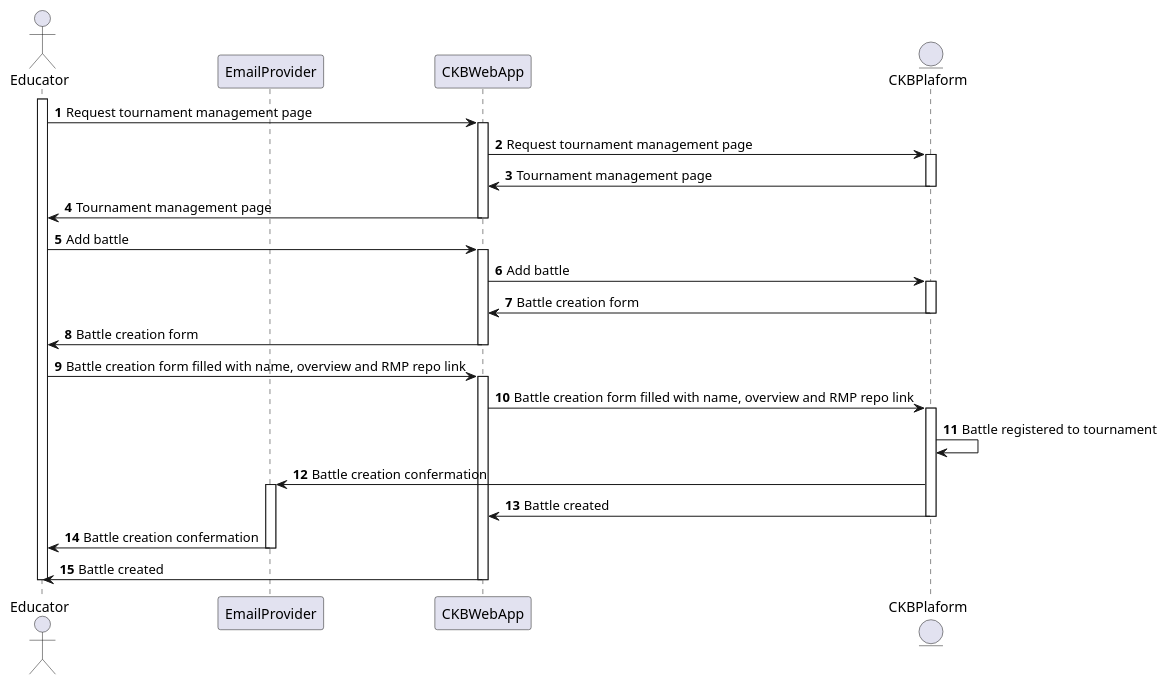
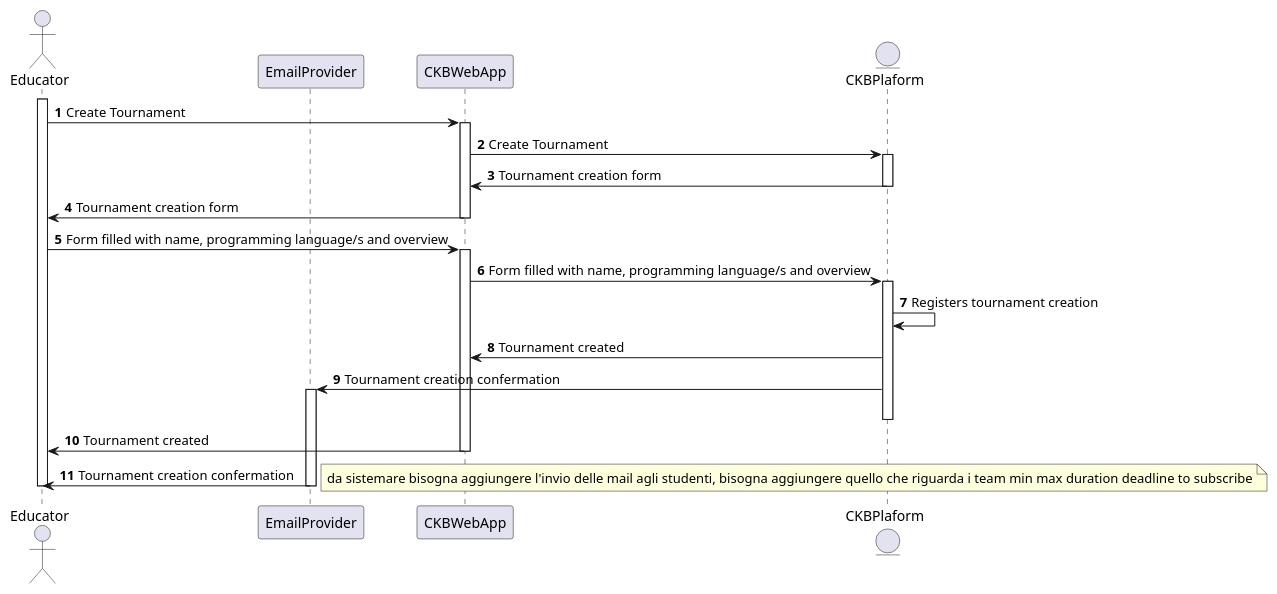
The diagram in _RASD/Images/UML/sequenceDiagram/sequenceDiagramUC5.wsd (Angelo7672/SE2_Requirement-and-Design-Document), drawn with PlantUML before and after one commit. The commit also changed 10 other files, not shown here.

Commit message:
sequence diagram number fix

```diff
--- a/_RASD/Images/UML/sequenceDiagram/sequenceDiagramUC5.wsd
+++ b/_RASD/Images/UML/sequenceDiagram/sequenceDiagramUC5.wsd
@@ -1,43 +1,36 @@
 @startuml
 
 autonumber
 
 actor Educator
 participant EmailProvider as Email
 participant CKBWebApp as App
 entity CKBPlaform as Platform
 
 activate Educator
-Educator -> App: Request tournament management page
+Educator -> App: Create Tournament
 activate App
-App -> Platform: Request tournament management page
+App -> Platform: Create Tournament
 activate Platform
-Platform -> App: Tournament management page
+Platform -> App: Tournament creation form
 deactivate Platform
-App -> Educator: Tournament management page
+App -> Educator: Tournament creation form
 deactivate App
-Educator -> App: Add battle
+Educator -> App: Form filled with name, programming language/s and overview
 activate App
-App -> Platform: Add battle
+App -> Platform: Form filled with name, programming language/s and overview
 activate Platform
-Platform -> App: Battle creation form
+Platform -> Platform: Registers tournament creation
+Platform -> App: Tournament created
+Platform -> Email: Tournament creation confermation 
+activate Email
 deactivate Platform
-App -> Educator: Battle creation form
+App -> Educator: Tournament created
 deactivate App
-Educator -> App: Battle creation form filled with name, overview and RMP repo link
-activate App
-App -> Platform: Battle creation form filled with name, overview and RMP repo link
-activate Platform
-Platform -> Platform: Battle registered to tournament
-Platform -> Email: Battle creation confermation
-activate Email
-Platform -> App: Battle created
-deactivate Platform
-Email -> Educator: Battle creation confermation
+Email -> Educator: Tournament creation confermation 
 deactivate Email
-App -> Educator: Battle created
-deactivate App
 deactivate Educator
-
-
+note right
+    da sistemare bisogna aggiungere l'invio delle mail agli studenti, bisogna aggiungere quello che riguarda i team min max duration deadline to subscribe
+end note
 @enduml
```
